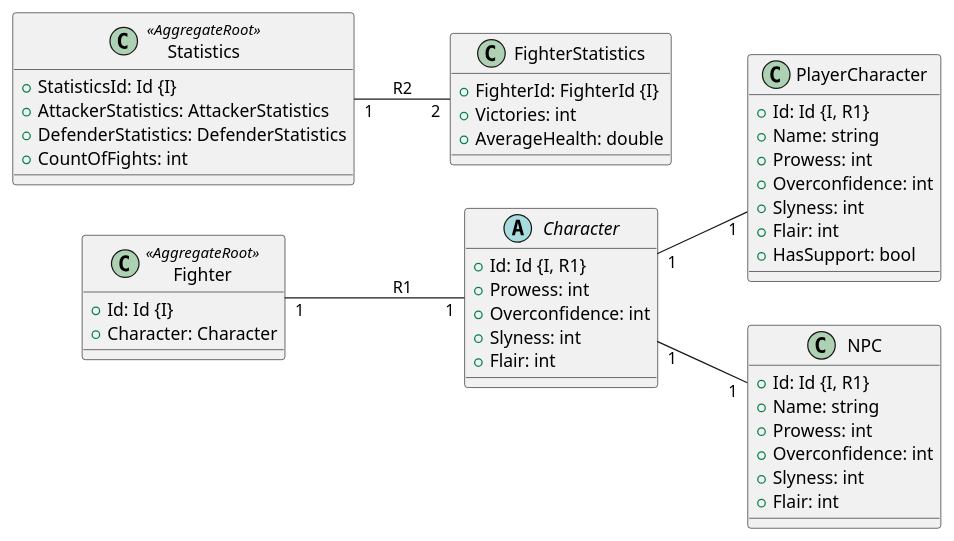
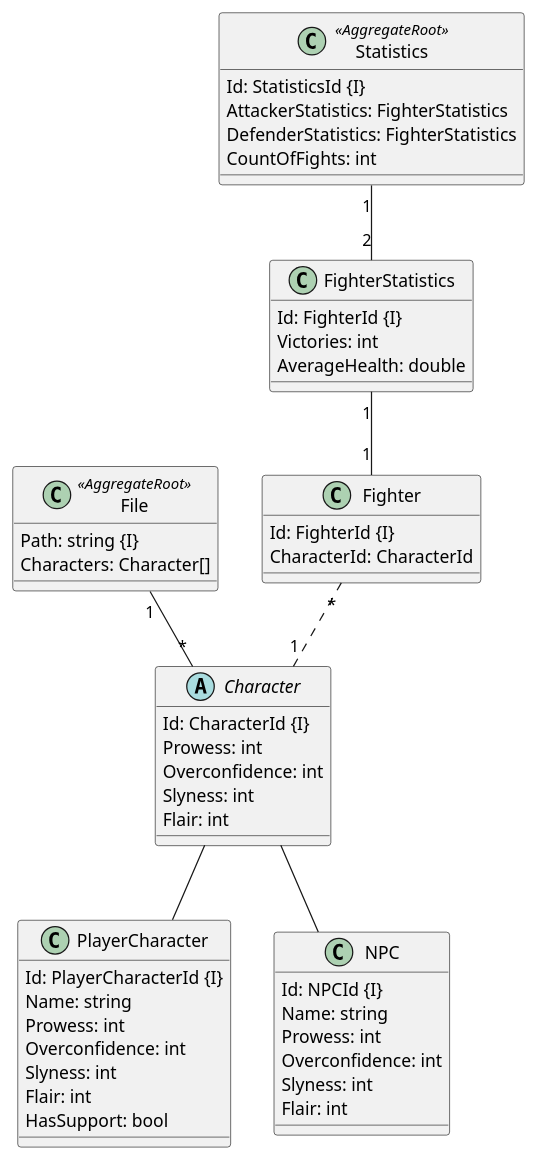
One commit to RedCitrus5254/WhimFights changed the diagram in Docs/WhimTests.md. Above: the diagram before and after it, drawn with PlantUML. The commit also changed other lines of this file and 1 other file, not shown here.

````diff
--- a/Docs/WhimTests.md
+++ b/Docs/WhimTests.md
@@ -49,54 +56,61 @@
 ```plantuml
-left to right direction
 
-class Fighter<<AggregateRoot>> {
-    + Id: Id {I}
-    + Character: Character
+class File<<AggregateRoot>> {
+    Path: string {I}
+    Characters: Character[]
+}
+
+class Fighter {
+     Id: FighterId {I}
+     CharacterId: CharacterId
 }
 
  abstract class Character {
-    + Id: Id {I, R1}
-    + Prowess: int
-    + Overconfidence: int
-    + Slyness: int
-    + Flair: int
+     Id: CharacterId {I}
+     Prowess: int
+     Overconfidence: int
+     Slyness: int
+     Flair: int
 }
 
 class PlayerCharacter {
-    + Id: Id {I, R1}
-    + Name: string
-    + Prowess: int
-    + Overconfidence: int
-    + Slyness: int
-    + Flair: int
-    + HasSupport: bool
+     Id: PlayerCharacterId {I}
+     Name: string
+     Prowess: int
+     Overconfidence: int
+     Slyness: int
+     Flair: int
+     HasSupport: bool
 }
 
 class NPC {
-    + Id: Id {I, R1}
-    + Name: string
-    + Prowess: int
-    + Overconfidence: int
-    + Slyness: int
-    + Flair: int
+     Id: NPCId {I}
+     Name: string
+     Prowess: int
+     Overconfidence: int
+     Slyness: int
+     Flair: int
 }
 
 class Statistics<<AggregateRoot>> {
-    + StatisticsId: Id {I}
-    + AttackerStatistics: AttackerStatistics
-    + DefenderStatistics: DefenderStatistics
-    + CountOfFights: int
+     Id: StatisticsId {I}
+     AttackerStatistics: FighterStatistics
+     DefenderStatistics: FighterStatistics
+     CountOfFights: int
 }
 
 class FighterStatistics {
-    + FighterId: FighterId {I}
-    + Victories: int
-    + AverageHealth: double
+     Id: FighterId {I}
+     Victories: int
+     AverageHealth: double
 }
 
-Character "1" -- "1" PlayerCharacter
-Character "1" -- "1" NPC
-Fighter "1" -- "1" Character : R1
-Statistics "1" -- "2" FighterStatistics : R2
+File "1" -- "*" Character
+Character -- PlayerCharacter
+Character -- NPC
+Fighter "*" .. "1" Character
+Statistics "1" -- "2" FighterStatistics
+FighterStatistics "1" -- "1" Fighter
+
 
 ```
````
